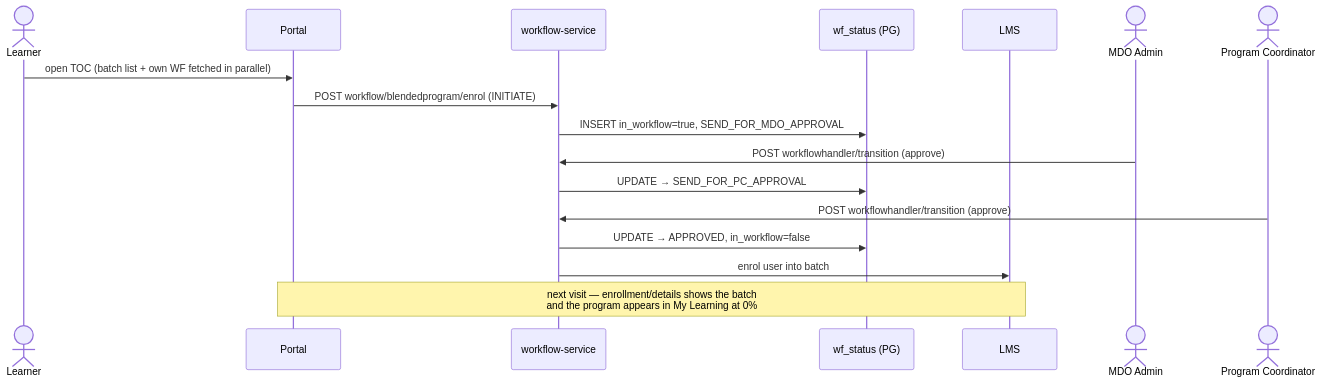
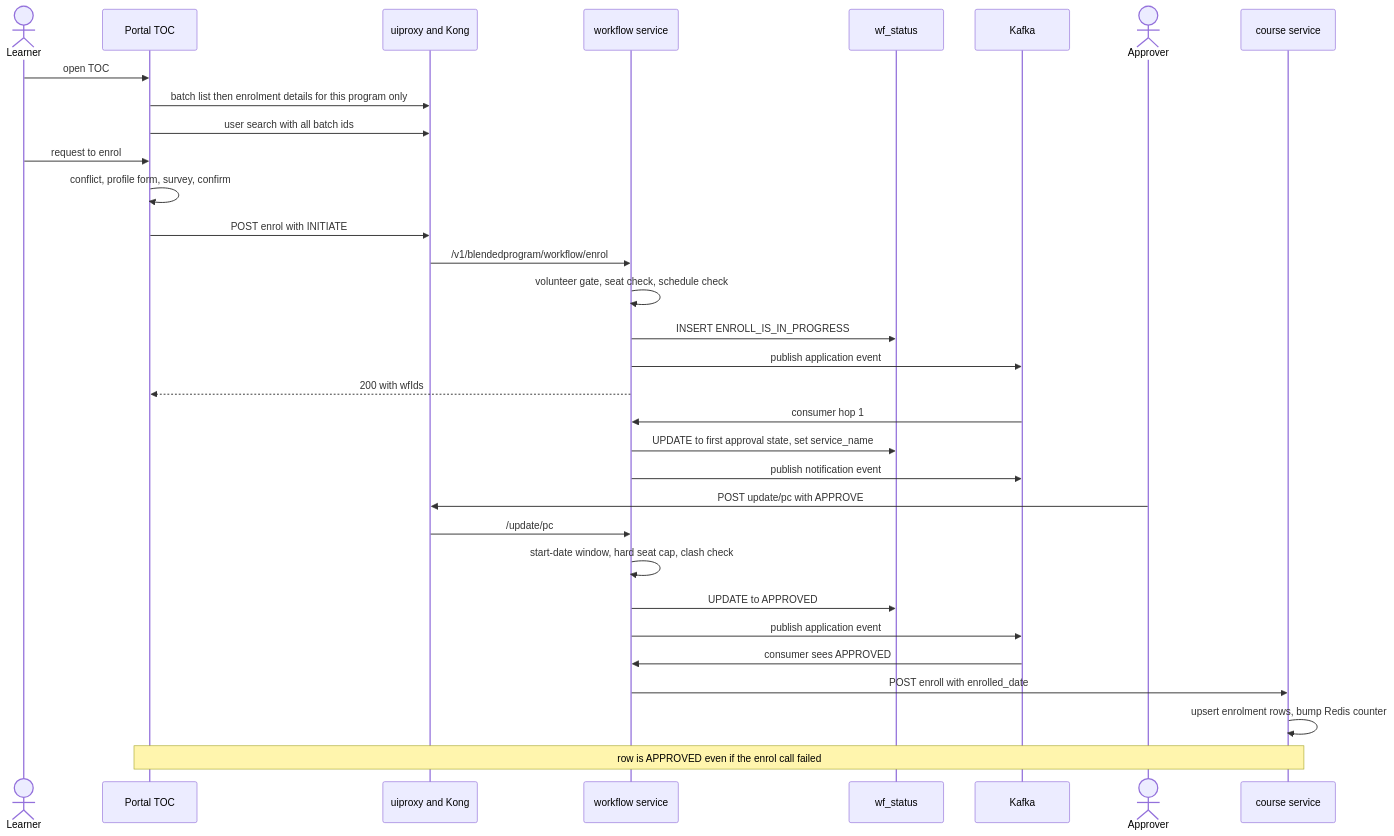
Before and after one commit to KB-iGOT/igot-docs: the second of 2 diagrams in docs/learning-hub/blended-program/lld.md, drawn with Mermaid. The commit also changed other lines of this file and 9 other files, not shown here.

````diff
--- a/docs/learning-hub/blended-program/lld.md
+++ b/docs/learning-hub/blended-program/lld.md
@@ -53,19 +128,34 @@
 ```mermaid
 sequenceDiagram
-  actor L as Learner
-  participant P as Portal
-  participant W as workflow-service
-  participant DB as wf_status (PG)
-  participant LMS as LMS
-  actor M as MDO Admin
-  actor PC as Program Coordinator
-  L->>P: open TOC (batch list + own WF fetched in parallel)
-  P->>W: POST workflow/blendedprogram/enrol (INITIATE)
-  W->>DB: INSERT in_workflow=true, SEND_FOR_MDO_APPROVAL
-  M->>W: POST workflowhandler/transition (approve)
-  W->>DB: UPDATE → SEND_FOR_PC_APPROVAL
-  PC->>W: POST workflowhandler/transition (approve)
-  W->>DB: UPDATE → APPROVED, in_workflow=false
-  W->>LMS: enrol user into batch
-  Note over P,LMS: next visit — enrollment/details shows the batch<br/>and the program appears in My Learning at 0%
+    actor L as Learner
+    participant P as Portal TOC
+    participant G as uiproxy and Kong
+    participant W as workflow service
+    participant PG as wf_status
+    participant K as Kafka
+    actor A as Approver
+    participant LMS as course service
+    L->>P: open TOC
+    P->>G: batch list then enrolment details for this program only
+    P->>G: user search with all batch ids
+    L->>P: request to enrol
+    P->>P: conflict, profile form, survey, confirm
+    P->>G: POST enrol with INITIATE
+    G->>W: /v1/blendedprogram/workflow/enrol
+    W->>W: volunteer gate, seat check, schedule check
+    W->>PG: INSERT ENROLL_IS_IN_PROGRESS
+    W->>K: publish application event
+    W-->>P: 200 with wfIds
+    K->>W: consumer hop 1
+    W->>PG: UPDATE to first approval state, set service_name
+    W->>K: publish notification event
+    A->>G: POST update/pc with APPROVE
+    G->>W: /update/pc
+    W->>W: start-date window, hard seat cap, clash check
+    W->>PG: UPDATE to APPROVED
+    W->>K: publish application event
+    K->>W: consumer sees APPROVED
+    W->>LMS: POST enroll with enrolled_date
+    LMS->>LMS: upsert enrolment rows, bump Redis counter
+    Note over P,LMS: row is APPROVED even if the enrol call failed
 ```
````
